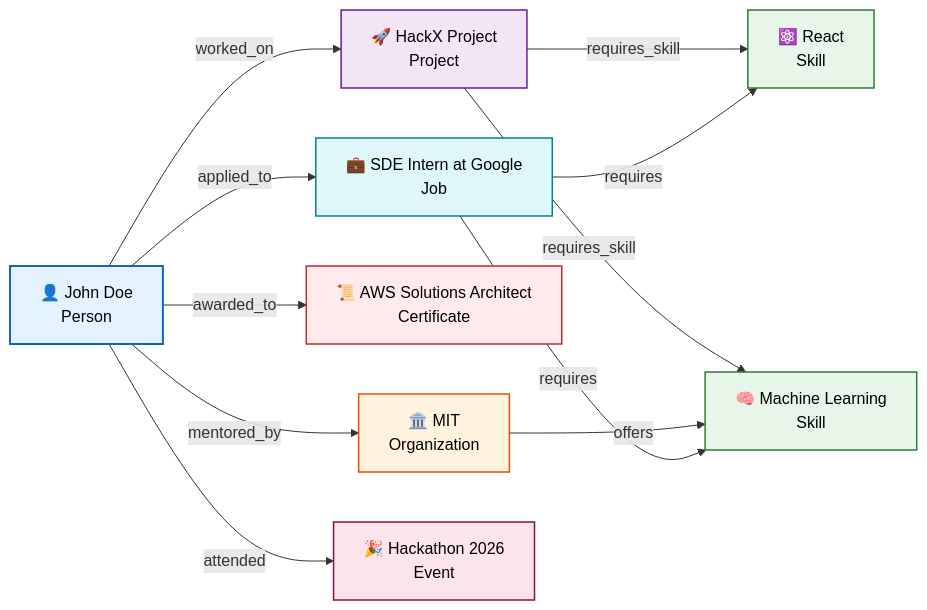
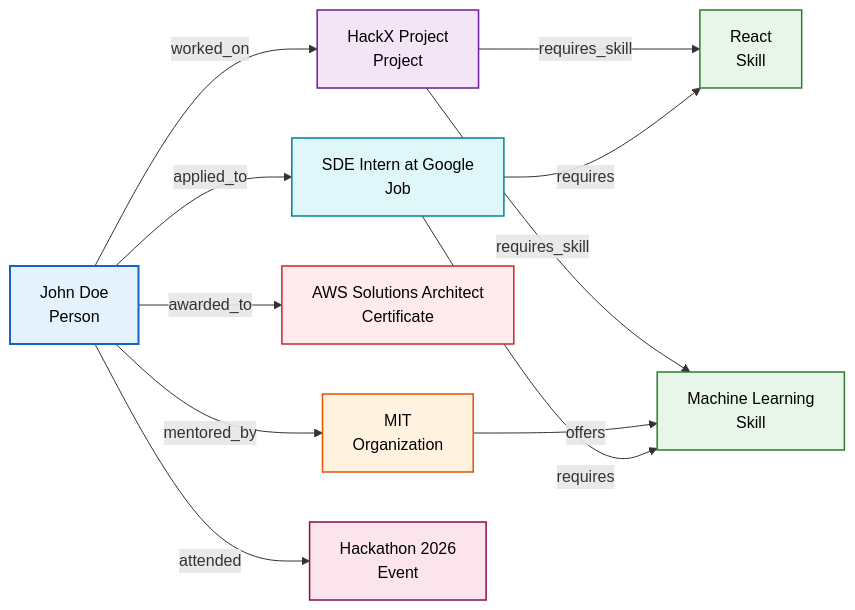
The first of 2 diagrams in docs/ai/Knowledge-Graph.md (Driftloom/Vaeloom), drawn with Mermaid before and after one commit. The commit also changed other lines of this file and 694 other files, not shown here.

First line of the commit message:
docs: mermaid standardization — encoding/mermaid/duplicate cleanup

````diff
--- a/docs/ai/Knowledge-Graph.md
+++ b/docs/ai/Knowledge-Graph.md
@@ -43,38 +43,38 @@
 ```mermaid
 graph LR
-    classDef person fill:#e3f2fd,stroke:#1565c0,color:#000,stroke-width:2px
-    classDef skill fill:#e8f5e9,stroke:#2e7d32,color:#000,stroke-width:1.5px
-    classDef org fill:#fff3e0,stroke:#e65100,color:#000,stroke-width:1.5px
-    classDef project fill:#f3e5f5,stroke:#6a1b9a,color:#000,stroke-width:1.5px
-    classDef cert fill:#ffebee,stroke:#c62828,color:#000,stroke-width:1.5px
-    classDef job fill:#e0f7fa,stroke:#00838f,color:#000,stroke-width:1.5px
-    classDef event fill:#fce4ec,stroke:#880e4f,color:#000,stroke-width:1.5px
+ classDef person fill:#e3f2fd,stroke:#1565c0,color:#000,stroke-width:2px
+ classDef skill fill:#e8f5e9,stroke:#2e7d32,color:#000,stroke-width:1.5px
+ classDef org fill:#fff3e0,stroke:#e65100,color:#000,stroke-width:1.5px
+ classDef project fill:#f3e5f5,stroke:#6a1b9a,color:#000,stroke-width:1.5px
+ classDef cert fill:#ffebee,stroke:#c62828,color:#000,stroke-width:1.5px
+ classDef job fill:#e0f7fa,stroke:#00838f,color:#000,stroke-width:1.5px
+ classDef event fill:#fce4ec,stroke:#880e4f,color:#000,stroke-width:1.5px
 
-    JOHN["👤 John Doe<br/>Person"]
-    REACT["⚛️ React<br/>Skill"]
-    ML["🧠 Machine Learning<br/>Skill"]
-    HACKX["🚀 HackX Project<br/>Project"]
-    MIT["🏛️ MIT<br/>Organization"]
-    AWS["📜 AWS Solutions Architect<br/>Certificate"]
-    GOOGLE["💼 SDE Intern at Google<br/>Job"]
-    HACKATHON["🎉 Hackathon 2026<br/>Event"]
+ JOHN["John Doe<br/>Person"]
+ REACT["React<br/>Skill"]
+ ML["Machine Learning<br/>Skill"]
+ HACKX["HackX Project<br/>Project"]
+ MIT["MIT<br/>Organization"]
+ AWS["AWS Solutions Architect<br/>Certificate"]
+ GOOGLE["SDE Intern at Google<br/>Job"]
+ HACKATHON["Hackathon 2026<br/>Event"]
 
-    JOHN -->|worked_on| HACKX
-    JOHN -->|mentored_by| MIT
-    JOHN -->|awarded_to| AWS
-    JOHN -->|applied_to| GOOGLE
-    HACKX -->|requires_skill| REACT
-    HACKX -->|requires_skill| ML
-    JOHN -->|attended| HACKATHON
-    MIT -->|offers| ML
-    GOOGLE -->|requires| REACT
-    GOOGLE -->|requires| ML
+ JOHN-->|worked_on| HACKX
+ JOHN-->|mentored_by| MIT
+ JOHN-->|awarded_to| AWS
+ JOHN-->|applied_to| GOOGLE
+ HACKX-->|requires_skill| REACT
+ HACKX-->|requires_skill| ML
+ JOHN-->|attended| HACKATHON
+ MIT-->|offers| ML
+ GOOGLE-->|requires| REACT
+ GOOGLE-->|requires| ML
 
-    class JOHN person
-    class REACT,ML skill
-    class MIT org
-    class HACKX project
-    class AWS cert
-    class GOOGLE job
-    class HACKATHON event
+ class JOHN person
+ class REACT,ML skill
+ class MIT org
+ class HACKX project
+ class AWS cert
+ class GOOGLE job
+ class HACKATHON event
 ```
````
